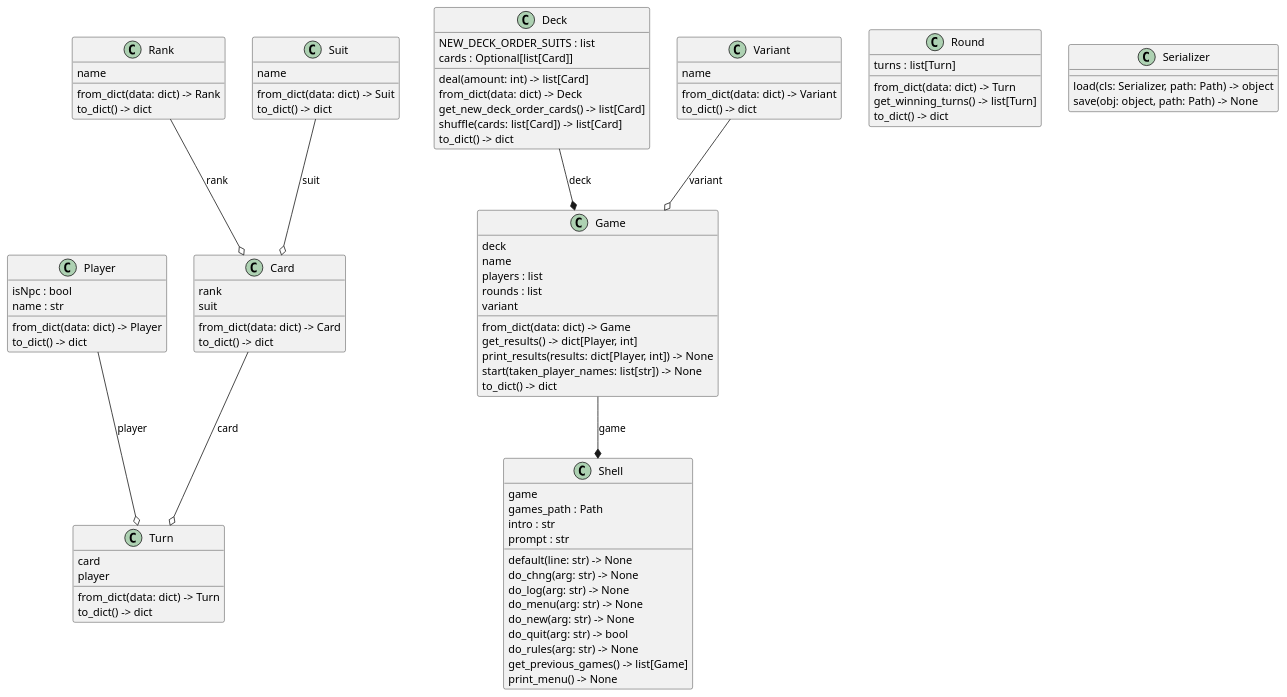
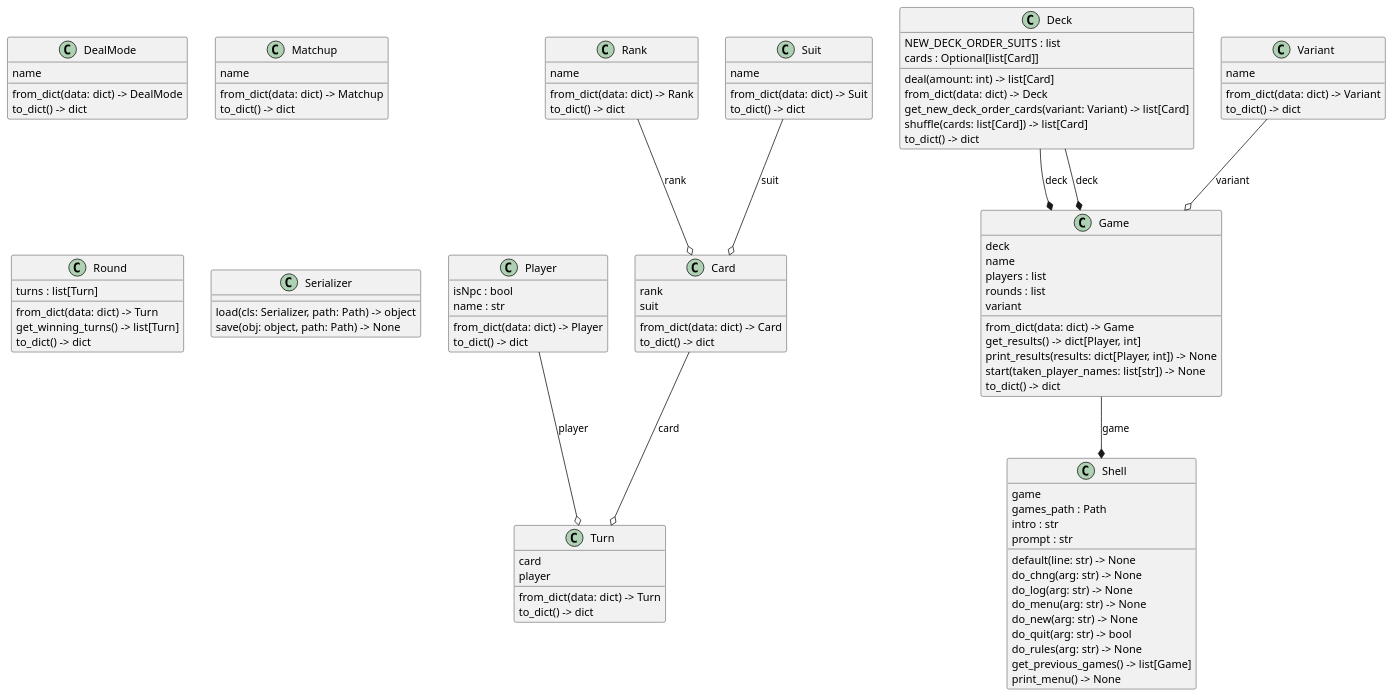
One commit to b3h3m0th/war changed the diagram in docs/uml/plantuml/classes_war.plantuml. Above: the diagram before and after it, drawn with PlantUML. The commit also changed 13 other files, not shown here.

```diff
--- a/docs/uml/plantuml/classes_war.plantuml
+++ b/docs/uml/plantuml/classes_war.plantuml
@@ -1,89 +1,100 @@
 @startuml classes_war
 set namespaceSeparator none
 class "Card" as models.card.Card {
   rank
   suit
   from_dict(data: dict) -> Card
   to_dict() -> dict
 }
+class "DealMode" as enums.dealmode.DealMode {
+  name
+  from_dict(data: dict) -> DealMode
+  to_dict() -> dict
+}
 class "Deck" as models.deck.Deck {
   NEW_DECK_ORDER_SUITS : list
   cards : Optional[list[Card]]
   deal(amount: int) -> list[Card]
   from_dict(data: dict) -> Deck
-  get_new_deck_order_cards() -> list[Card]
+  get_new_deck_order_cards(variant: Variant) -> list[Card]
   shuffle(cards: list[Card]) -> list[Card]
   to_dict() -> dict
 }
 class "Game" as models.game.Game {
   deck
   name
   players : list
   rounds : list
   variant
   from_dict(data: dict) -> Game
   get_results() -> dict[Player, int]
   print_results(results: dict[Player, int]) -> None
   start(taken_player_names: list[str]) -> None
+  to_dict() -> dict
+}
+class "Matchup" as enums.matchup.Matchup {
+  name
+  from_dict(data: dict) -> Matchup
   to_dict() -> dict
 }
 class "Player" as models.player.Player {
   isNpc : bool
   name : str
   from_dict(data: dict) -> Player
   to_dict() -> dict
 }
 class "Rank" as enums.rank.Rank {
   name
   from_dict(data: dict) -> Rank
   to_dict() -> dict
 }
 class "Round" as models.round.Round {
   turns : list[Turn]
   from_dict(data: dict) -> Turn
   get_winning_turns() -> list[Turn]
   to_dict() -> dict
 }
 class "Serializer" as utils.serializer.Serializer {
   load(cls: Serializer, path: Path) -> object
   save(obj: object, path: Path) -> None
 }
 class "Shell" as models.shell.Shell {
   game
   games_path : Path
   intro : str
   prompt : str
   default(line: str) -> None
   do_chng(arg: str) -> None
   do_log(arg: str) -> None
   do_menu(arg: str) -> None
   do_new(arg: str) -> None
   do_quit(arg: str) -> bool
   do_rules(arg: str) -> None
   get_previous_games() -> list[Game]
   print_menu() -> None
 }
 class "Suit" as enums.suit.Suit {
   name
   from_dict(data: dict) -> Suit
   to_dict() -> dict
 }
 class "Turn" as models.turn.Turn {
   card
   player
   from_dict(data: dict) -> Turn
   to_dict() -> dict
 }
 class "Variant" as enums.variant.Variant {
   name
   from_dict(data: dict) -> Variant
   to_dict() -> dict
 }
 models.deck.Deck --* models.game.Game : deck
+models.deck.Deck --* models.game.Game : deck
 models.game.Game --* models.shell.Shell : game
 enums.rank.Rank --o models.card.Card : rank
 enums.suit.Suit --o models.card.Card : suit
 enums.variant.Variant --o models.game.Game : variant
 models.card.Card --o models.turn.Turn : card
 models.player.Player --o models.turn.Turn : player
 @enduml
```
